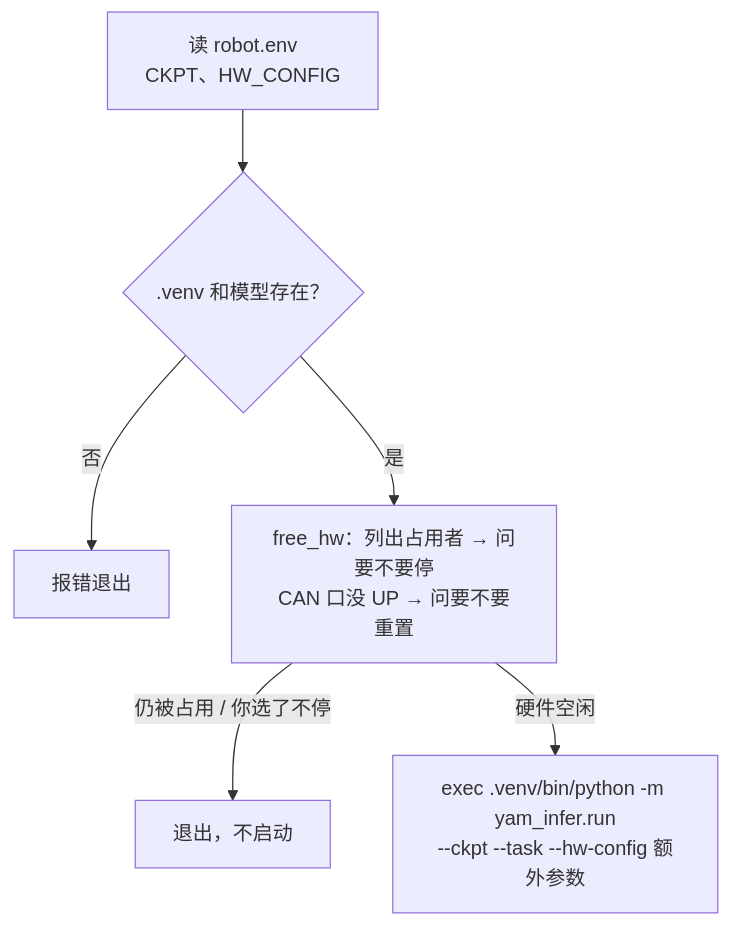
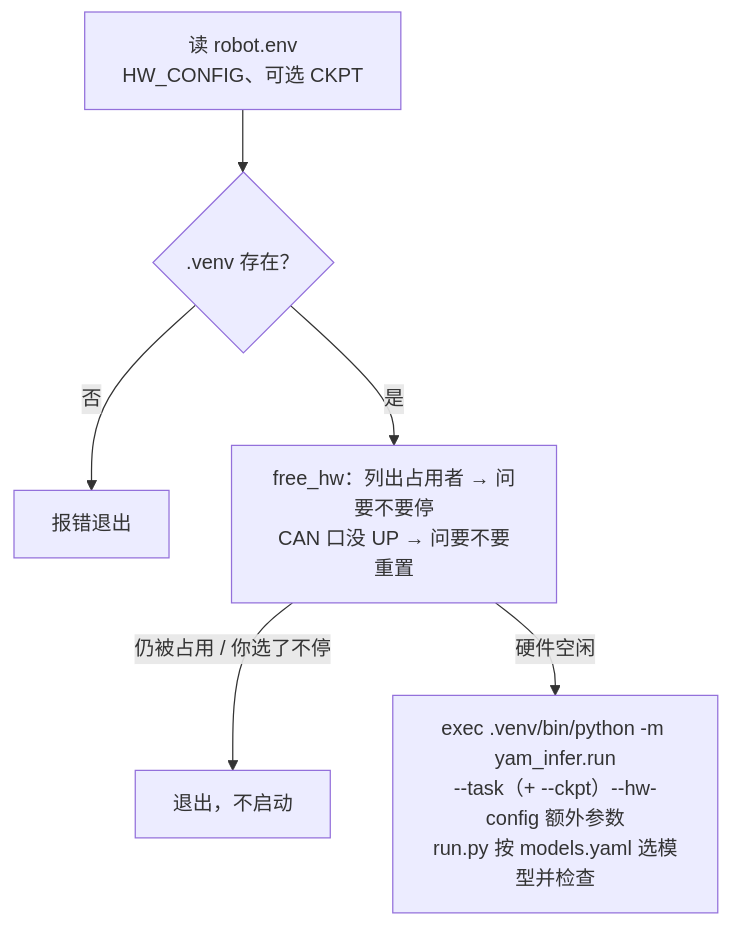
The third of 5 diagrams in docs/03_scripts.md (FuFutheBest/yam_infer), drawn with Mermaid before and after one commit. The commit also changed other lines of this file and 30 other files, not shown here.

````diff
--- a/docs/03_scripts.md
+++ b/docs/03_scripts.md
@@ -51,8 +51,8 @@
 ```mermaid
 flowchart TB
-    A["读 robot.env<br/>CKPT、HW_CONFIG"] --> A2{".venv 和模型存在？"}
+    A["读 robot.env<br/>HW_CONFIG、可选 CKPT"] --> A2{".venv 存在？"}
     A2 -->|否| X0["报错退出"]
     A2 -->|是| B["free_hw：列出占用者 → 问要不要停<br/>CAN 口没 UP → 问要不要重置"]
     B -->|仍被占用 / 你选了不停| X["退出，不启动"]
-    B -->|硬件空闲| F["exec .venv/bin/python -m yam_infer.run<br/>--ckpt --task --hw-config 额外参数"]
+    B -->|硬件空闲| F["exec .venv/bin/python -m yam_infer.run<br/>--task（+ --ckpt）--hw-config 额外参数<br/>run.py 按 models.yaml 选模型并检查"]
 ```
````
